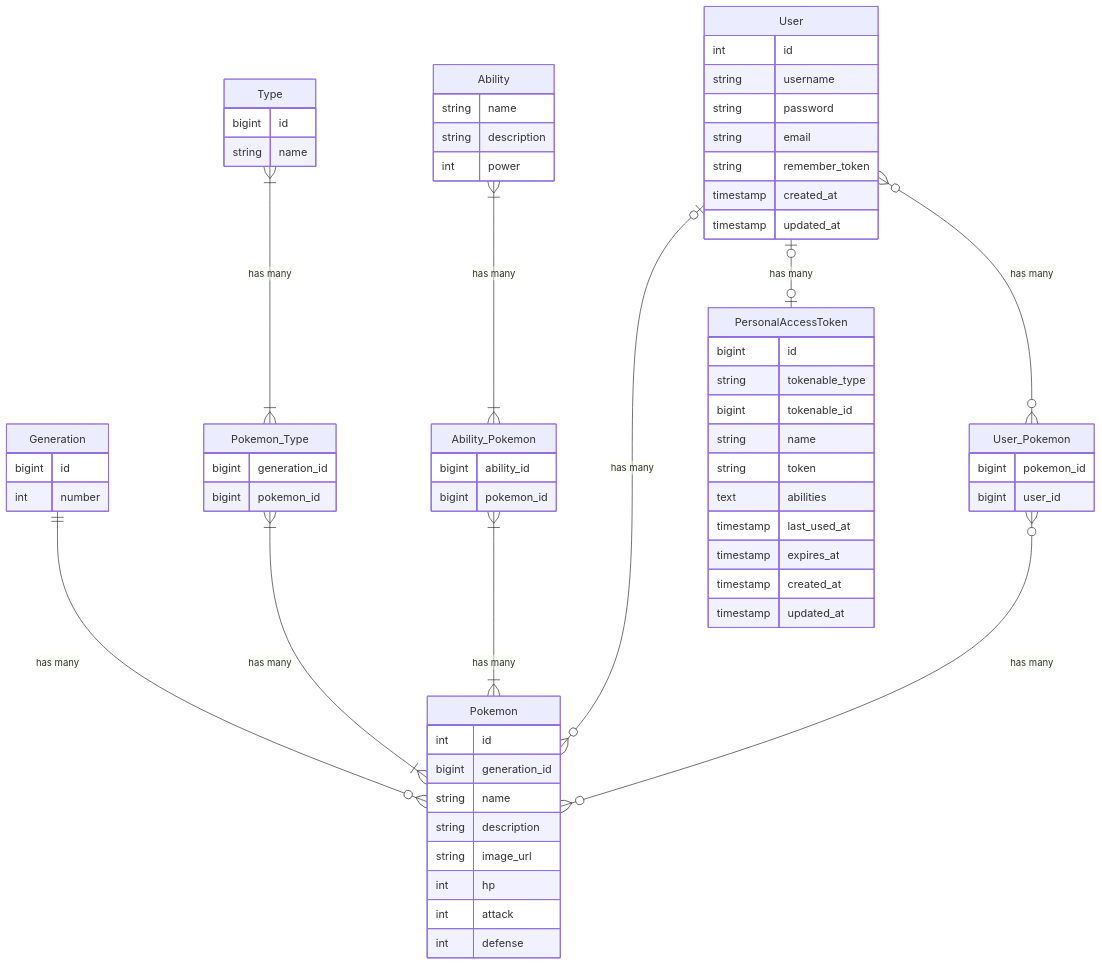
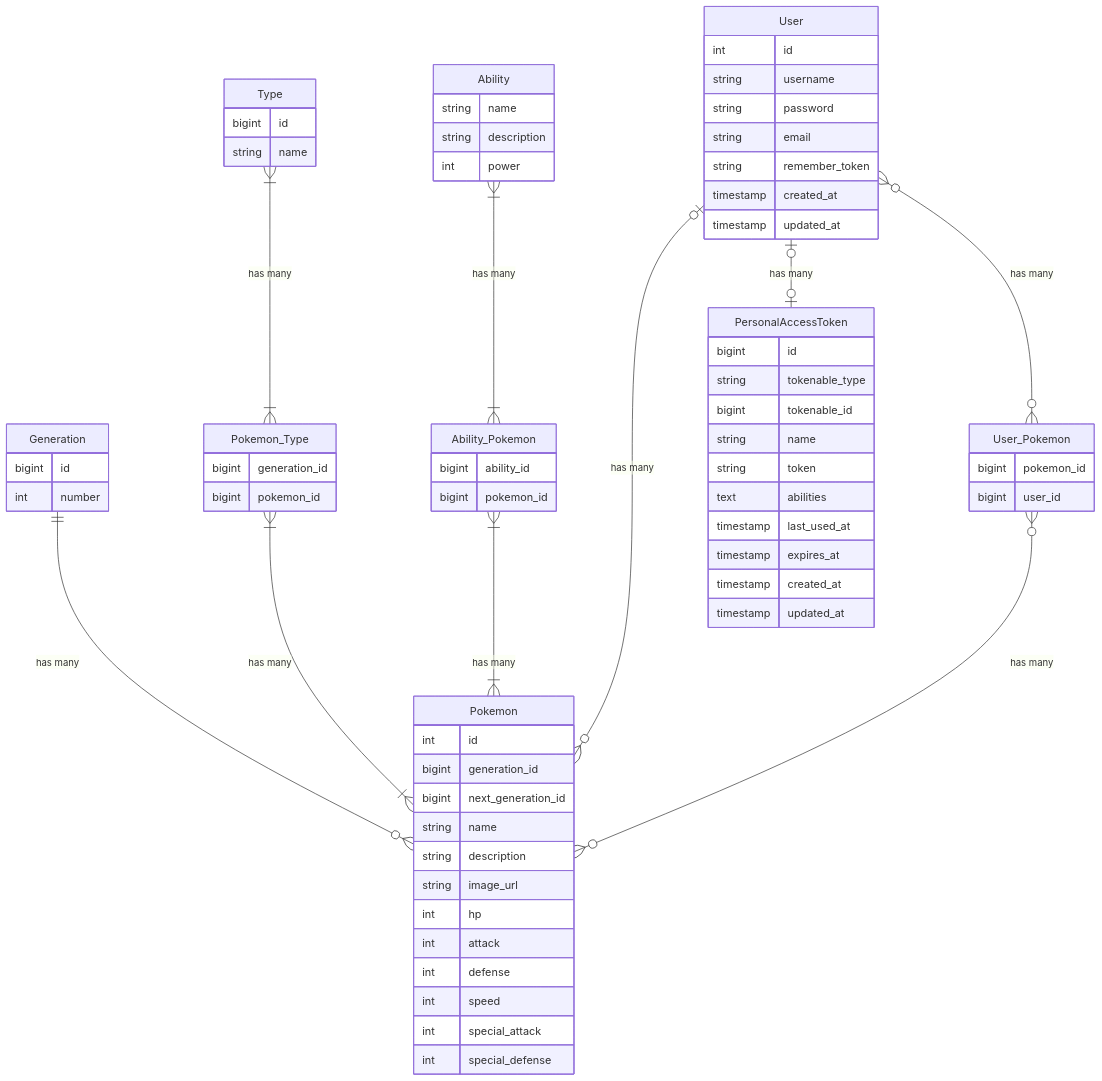
Before and after one commit to raymon-roos/apikachu: the diagram in docs/project_plan.md, drawn with Mermaid.

Commit message:
docs: update erd diagram
As I was writing the migration, some small necessary changes became
apparent.

```diff
--- a/docs/project_plan.md
+++ b/docs/project_plan.md
@@ -143,12 +143,16 @@
 Pokemon {
     int id
     bigint generation_id
+    bigint next_generation_id
     string name
     string description
     string image_url
     int hp
     int attack
     int defense
+    int speed
+    int special_attack
+    int special_defense
 }
 
 Ability_Pokemon {
```
